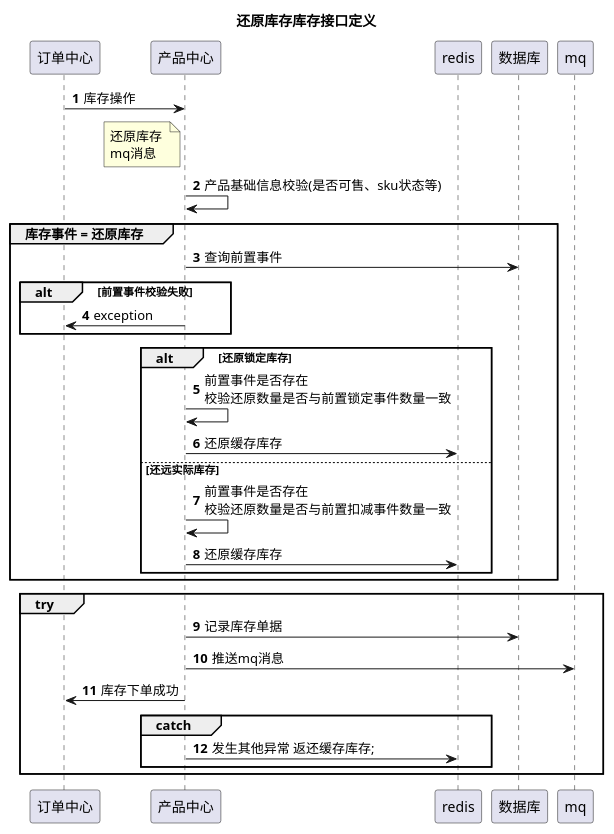
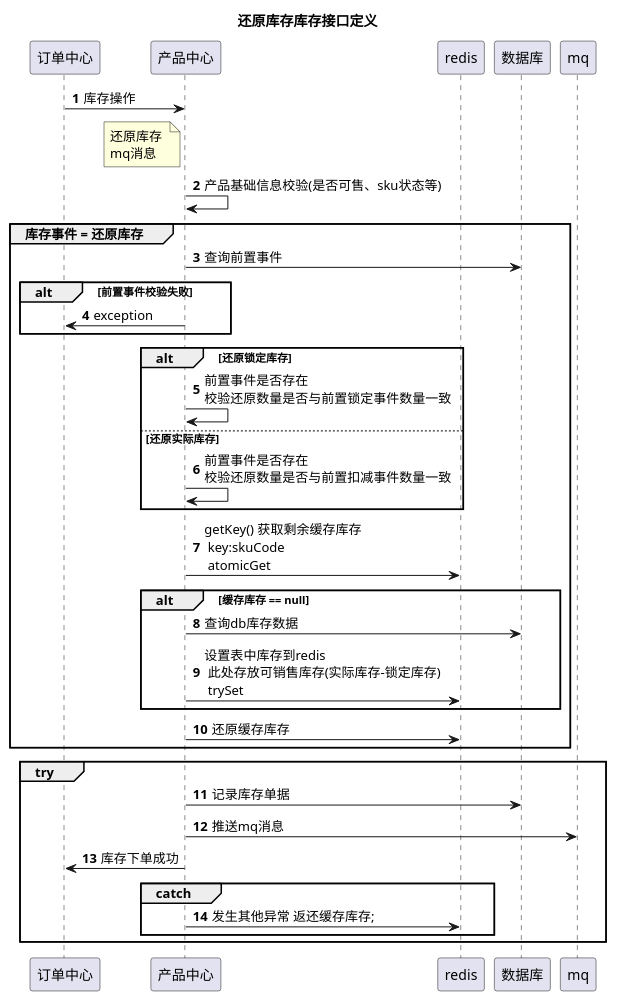
One commit to learnxin/testdemo changed the diagram in src/main/resources/plantuml/nh/inventory/rollback_inventroy.puml. Above: the diagram before and after it, drawn with PlantUML.

Commit message:
还原库存缓存时，先获取校验redis

```diff
--- a/src/main/resources/plantuml/nh/inventory/rollback_inventroy.puml
+++ b/src/main/resources/plantuml/nh/inventory/rollback_inventroy.puml
@@ -1,58 +1,66 @@
 @startuml
 title 还原库存库存接口定义
 
 autonumber
 participant "订单中心" as vc
 participant "产品中心" as cpm
 participant "redis" as redis
 participant "数据库" as db
 
 vc -> cpm: 库存操作
 note left of cpm:还原库存 \nmq消息
 
 
 cpm -> cpm: 产品基础信息校验(是否可售、sku状态等)
 group 库存事件 = 还原库存
     cpm -> db : 查询前置事件
     alt 前置事件校验失败
     cpm -> vc : exception
     end
     alt 还原锁定库存
         cpm -> cpm : 前置事件是否存在\n校验还原数量是否与前置锁定事件数量一致
-        cpm -> redis: 还原缓存库存
-    else 还远实际库存
+
+    else 还原实际库存
         cpm -> cpm : 前置事件是否存在\n校验还原数量是否与前置扣减事件数量一致
-        cpm -> redis: 还原缓存库存
+
     end
+
+    cpm -> redis: getKey() 获取剩余缓存库存\n key:skuCode \n atomicGet
+    alt 缓存库存 == null
+    cpm -> db :查询db库存数据
+    cpm -> redis:  设置表中库存到redis \n 此处存放可销售库存(实际库存-锁定库存) \n trySet
+    end
+
+    cpm -> redis: 还原缓存库存
 end
 
 'group try
 ''cpm->cpm:// 尝试加锁\nboolean isLocked = lock.tryLock(500, 1000, TimeUnit.MILLISECONDS);\n//    加锁失败 返还名额 throw ex\n        if (!isLocked) {\n                         cacheManager.atomicGetAndAdd(key, -num);\n                         throw new VcRpcException(CommonResponseCode.LockFailure);\n                     }        \n                     // 更新课程剩余名额\n                     trainDo.setScale(scale);\n                     trainService.updateTrain(trainDo, clientInfo);
 '    cpm->redis:尝试加锁 \n key:inventory 表主键
 '    alt 加锁失败
 '    cpm -> redis:返还缓存库存 \n throw Exception
 '    else 加锁成功
 '    cpm -> db :操作db库存数据、记录库存事件
 '    cpm -> vc :库存事件执行成功
 '    end
 '    group catch
 '        cpm -> redis: 发生其他异常 返还缓存库存;
 '        cpm -> mq : 推送'还原库存事件'的补偿mq消息
 '    end
 '
 '    group finally
 '        cpm -> redis: 释放锁
 '
 '    end
 'end
 group try
 cpm->db :记录库存单据
 cpm->mq:推送mq消息
 cpm->vc:库存下单成功
     group catch
     cpm -> redis: 发生其他异常 返还缓存库存;
 
     end
 end
 
 @enduml
```
